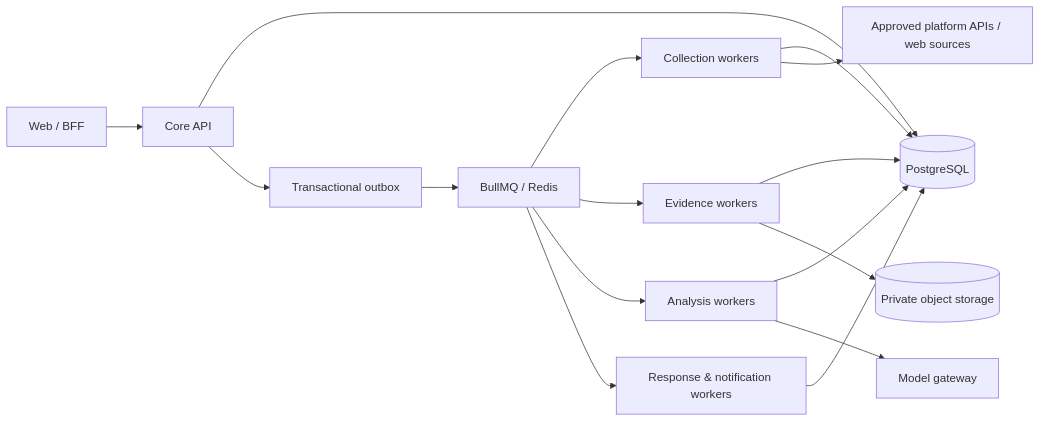
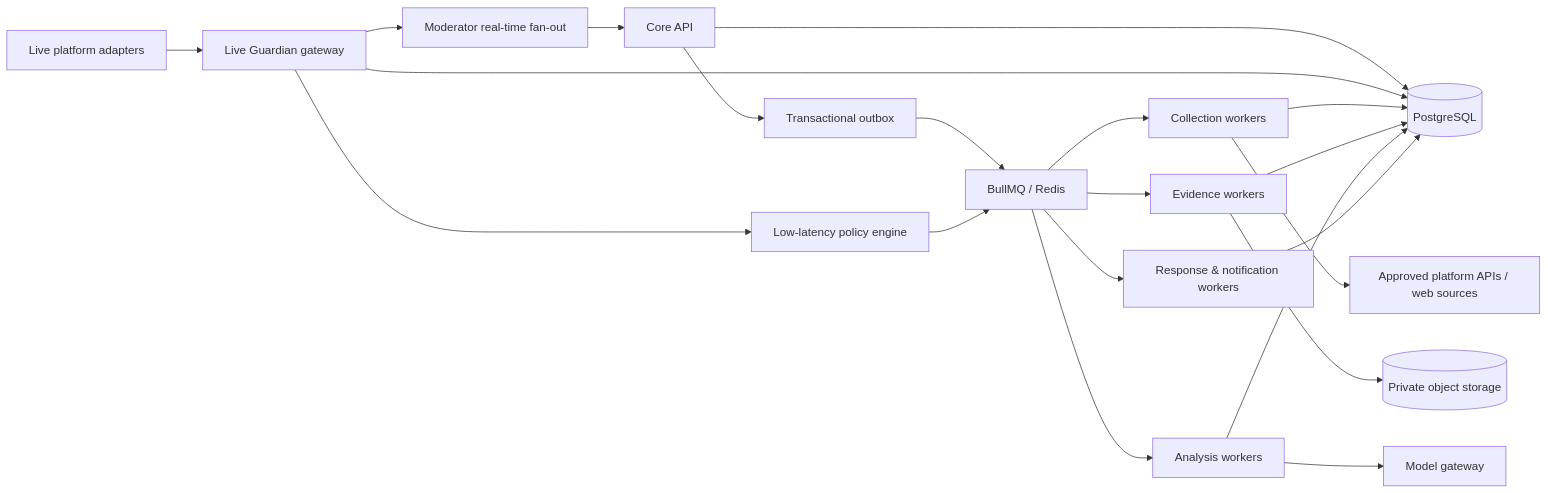
Before and after one commit to lakhanahirraodev-arch/aegis-ai: the diagram in docs/microservices.md, drawn with Mermaid. The commit also changed other lines of this file and 4 other files, not shown here.

Commit message:
feat: add Live Guardian architecture and real-time moderation

````diff
--- a/docs/microservices.md
+++ b/docs/microservices.md
@@ -28,18 +29,23 @@
 ```mermaid
 flowchart LR
   UI["Web / BFF"] --> API["Core API"]
   API --> DB[("PostgreSQL")]
   API --> OUTBOX["Transactional outbox"]
   OUTBOX --> QUEUE["BullMQ / Redis"]
   QUEUE --> COLLECT["Collection workers"]
   QUEUE --> EVIDENCE["Evidence workers"]
   QUEUE --> ANALYSIS["Analysis workers"]
   QUEUE --> RESPONSE["Response & notification workers"]
+  PLATFORM["Live platform adapters"] --> LIVE["Live Guardian gateway"]
+  LIVE --> POLICY["Low-latency policy engine"]
+  POLICY --> QUEUE
+  LIVE --> DB
+  LIVE --> UI["Moderator real-time fan-out"]
   COLLECT --> DB
   EVIDENCE --> DB
   ANALYSIS --> DB
   RESPONSE --> DB
   EVIDENCE --> BLOB[("Private object storage")]
   ANALYSIS --> GATEWAY["Model gateway"]
   COLLECT --> EXTERNAL["Approved platform APIs / web sources"]
 ```
````
